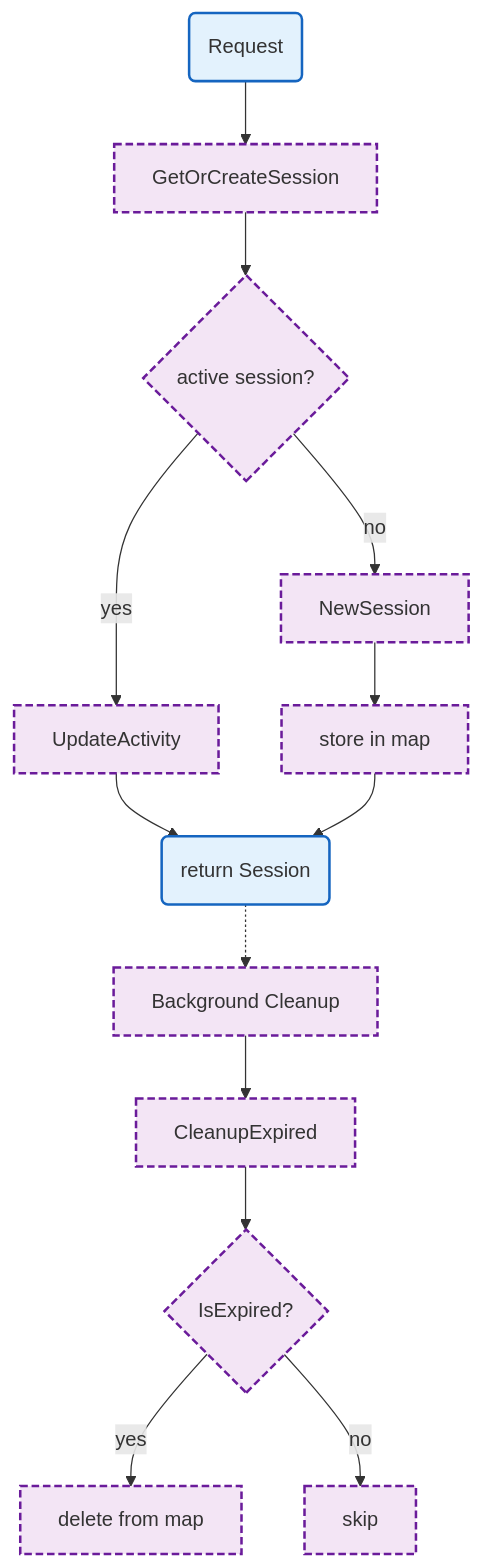
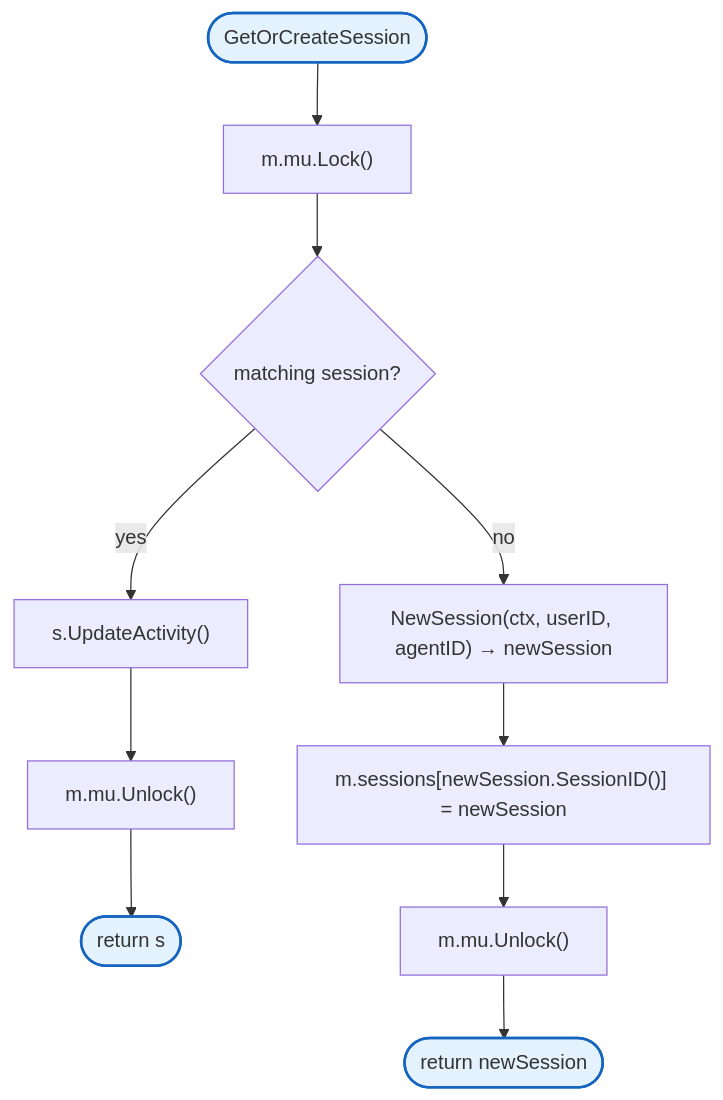
One commit to radch-ai/ava changed the diagram in docs/internal/session/README.md. Above: the diagram before and after it, drawn with Mermaid. The commit also changed 24 other files, not shown here.

````diff
--- a/docs/internal/session/README.md
+++ b/docs/internal/session/README.md
@@ -7,21 +7,16 @@
 ```mermaid
 flowchart TB
-    Start("Request") --> GetOrCreate["GetOrCreateSession"]
-    GetOrCreate --> SearchExisting{"active session?"}
-    SearchExisting -->|yes| UpdateActivity["UpdateActivity"]
-    SearchExisting -->|no| CreateNew["NewSession"]
-    CreateNew --> StoreMap["store in map"]
-    UpdateActivity --> Return("return Session")
-    StoreMap --> Return
-    Return -.-> CleanupStart["Background Cleanup"]
-    CleanupStart --> CleanupExpired["CleanupExpired"]
-    CleanupExpired --> CheckExpiry{"IsExpired?"}
-    CheckExpiry -->|yes| DeleteSession["delete from map"]
-    CheckExpiry -->|no| Skip["skip"]
+    Start([GetOrCreateSession]) --> Lock["m.mu.Lock()"]
+    Lock --> CheckExisting{matching session?}
+    CheckExisting -->|yes| UpdateActivity["s.UpdateActivity()"]
+    UpdateActivity --> Unlock["m.mu.Unlock()"]
+    Unlock --> ReturnFound(["return s"])
+    CheckExisting -->|no| NewSession["NewSession(ctx, userID, agentID) → newSession"]
+    NewSession --> Store["m.sessions[newSession.SessionID()] = newSession"]
+    Store --> Unlock2["m.mu.Unlock()"]
+    Unlock2 --> ReturnNew(["return newSession"])
 
     classDef mainFn fill:#e3f2fd,stroke:#1565c0,stroke-width:2px
-    classDef internalFn fill:#f3e5f5,stroke:#6a1b9a,stroke-width:2px,stroke-dasharray:6 3
 
-    class Start,Return mainFn
-    class GetOrCreate,SearchExisting,UpdateActivity,CreateNew,StoreMap,CleanupStart,CleanupExpired,CheckExpiry,DeleteSession,Skip internalFn
+    class Start,ReturnFound,ReturnNew mainFn
 ```
````
